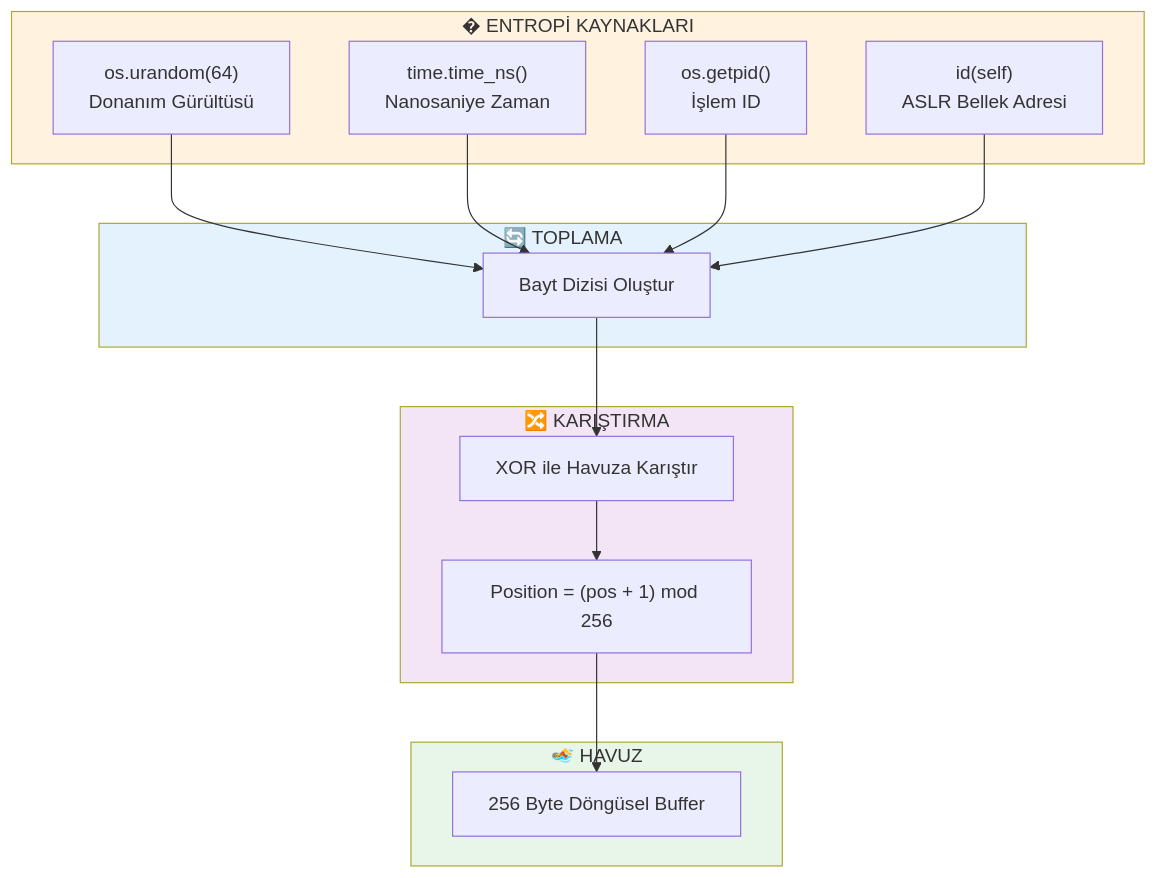
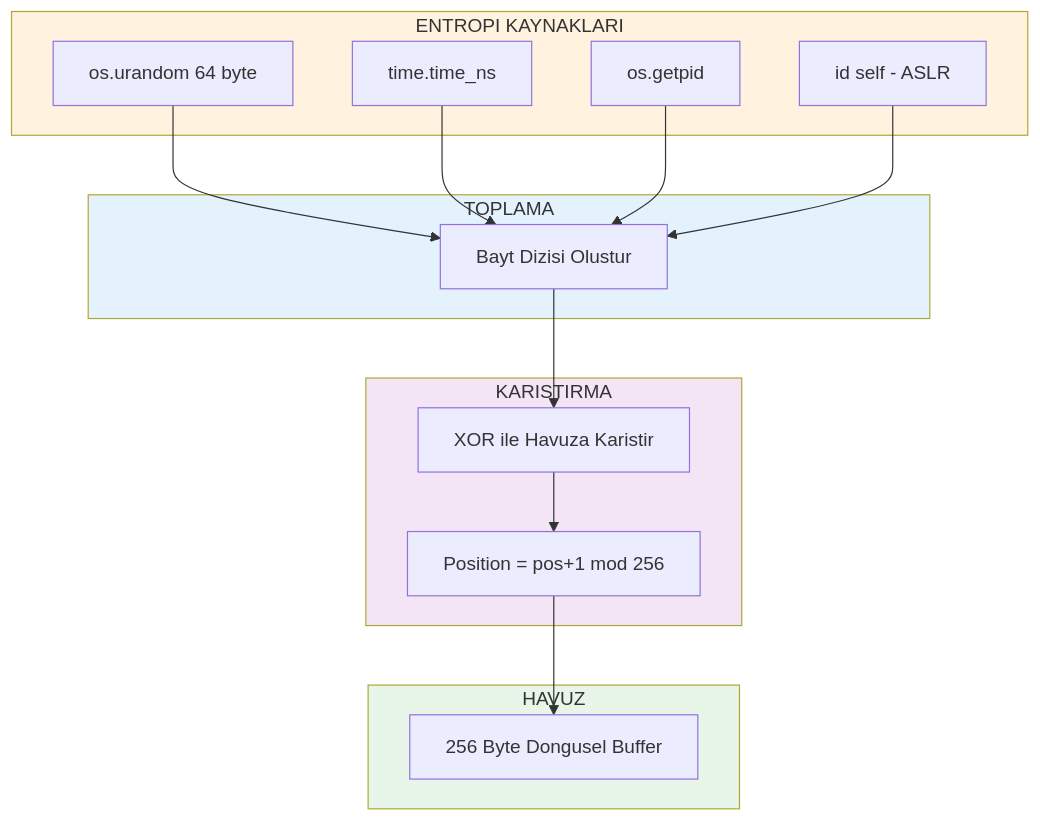
One commit to Samet230/Rastgele_Sayi_Ureteci changed the third of 9 diagrams in docs/FLOWCHART.md. Above: the diagram before and after it, drawn with Mermaid. The commit also changed other lines of this file, not shown here.

Commit message:
fix: Mermaid syntax duzeltildi - GitHub uyumlulugu

````diff
--- a/docs/FLOWCHART.md
+++ b/docs/FLOWCHART.md
@@ -101,35 +101,35 @@
 ```mermaid
 flowchart TD
-    subgraph SOURCES["� ENTROPİ KAYNAKLARI"]
-        S1["os.urandom(64)<br/>Donanım Gürültüsü"]
-        S2["time.time_ns()<br/>Nanosaniye Zaman"]
-        S3["os.getpid()<br/>İşlem ID"]
-        S4["id(self)<br/>ASLR Bellek Adresi"]
+    subgraph SOURCES["ENTROPI KAYNAKLARI"]
+        S1["os.urandom 64 byte"]
+        S2["time.time_ns"]
+        S3["os.getpid"]
+        S4["id self - ASLR"]
     end
     
-    subgraph COLLECT["🔄 TOPLAMA"]
-        C["Bayt Dizisi Oluştur"]
+    subgraph COLLECT["TOPLAMA"]
+        C["Bayt Dizisi Olustur"]
     end
     
-    subgraph MIX["🔀 KARIŞTIRMA"]
-        M1["XOR ile Havuza Karıştır"]
-        M2["Position = (pos + 1) mod 256"]
+    subgraph MIXZONE["KARISTIRMA"]
+        M1["XOR ile Havuza Karistir"]
+        M2["Position = pos+1 mod 256"]
     end
     
-    subgraph POOL["🏊 HAVUZ"]
-        P["256 Byte Döngüsel Buffer"]
+    subgraph POOL["HAVUZ"]
+        P["256 Byte Dongusel Buffer"]
     end
     
     S1 --> C
     S2 --> C
     S3 --> C
     S4 --> C
     C --> M1
     M1 --> M2
     M2 --> P
     
     style SOURCES fill:#fff3e0
     style COLLECT fill:#e3f2fd
-    style MIX fill:#f3e5f5
+    style MIXZONE fill:#f3e5f5
     style POOL fill:#e8f5e9
 ```
````
